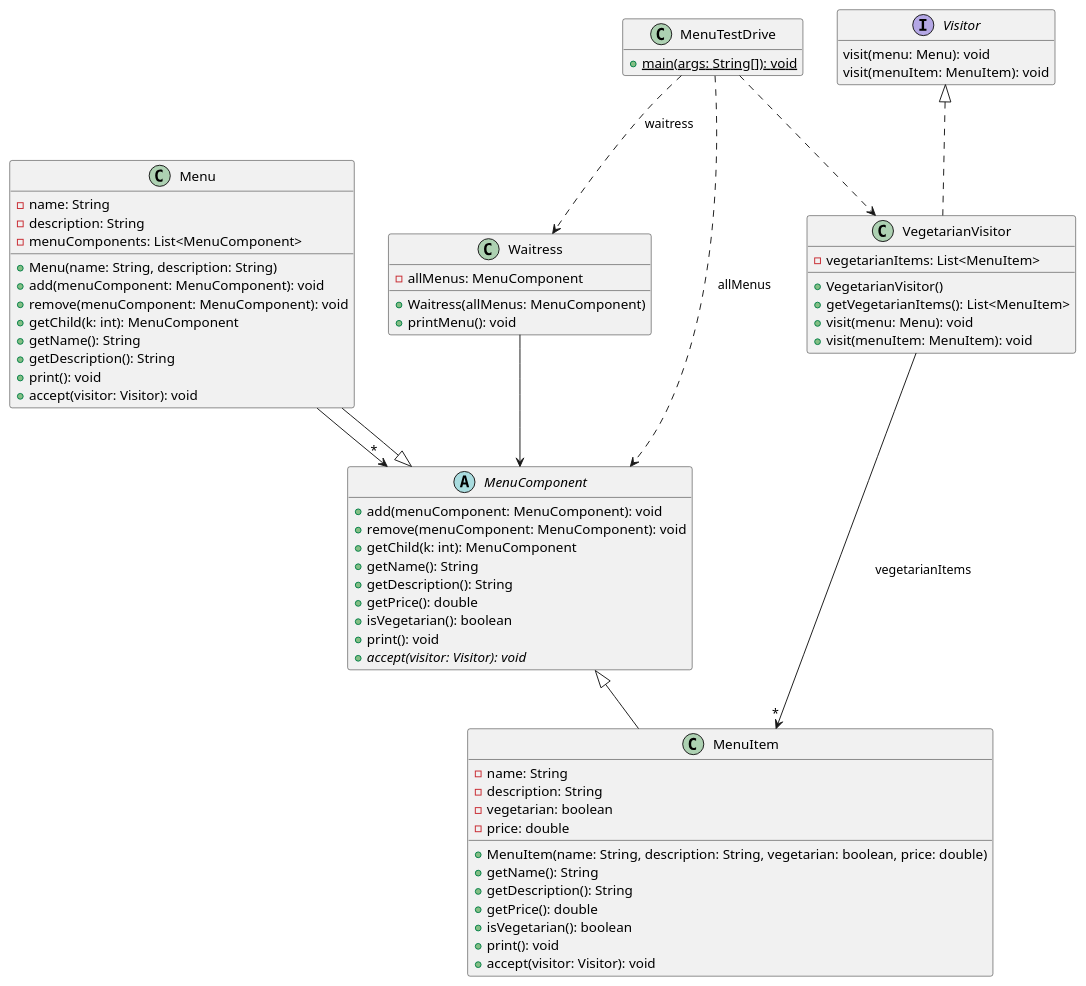
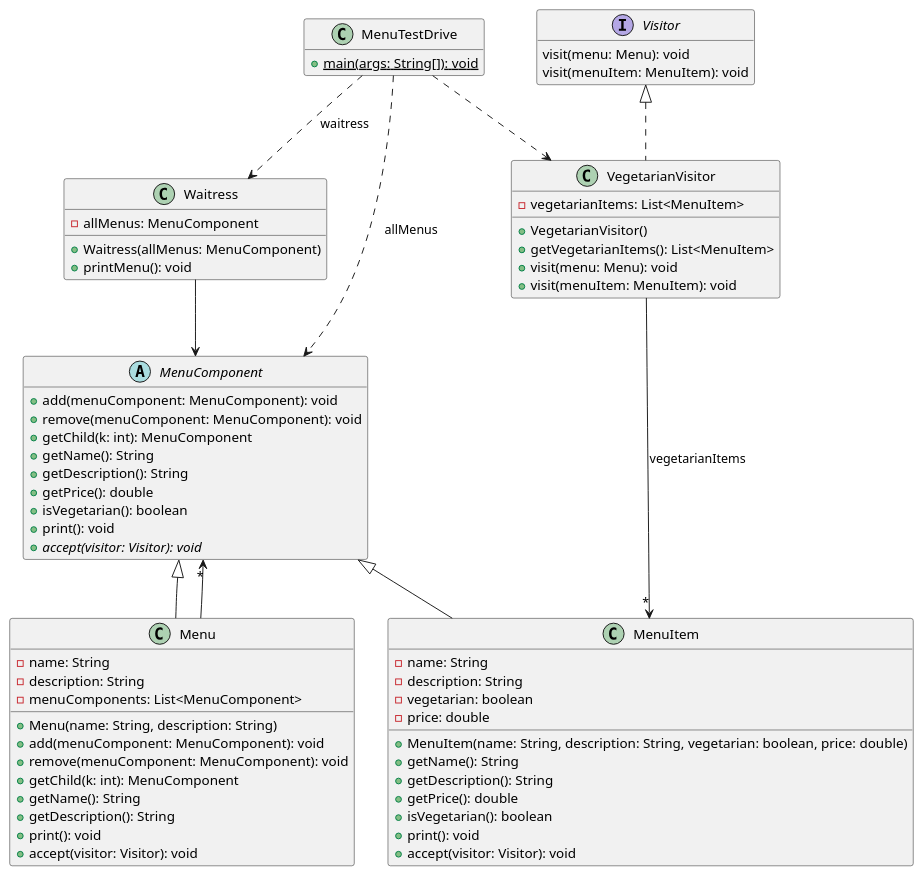
Before and after one commit to rhit-csse374/BuffaloTemplateTest: the diagram in CompositeWithVisitor.puml, drawn with PlantUML.

```diff
--- a/CompositeWithVisitor.puml
+++ b/CompositeWithVisitor.puml
@@ -1,78 +1,80 @@
 @startuml
 hide empty members
+
+class MenuTestDrive {
+	+{static} main(args: String[]): void
+}
 
 class Menu  {
 	-name: String
 	-description: String
 	-menuComponents: List<MenuComponent>
 
 	+Menu(name: String, description: String)
 	+add(menuComponent: MenuComponent): void
 	+remove(menuComponent: MenuComponent): void
 	+getChild(k: int): MenuComponent
 	+getName(): String
 	+getDescription(): String
 	+print(): void
 	+accept(visitor: Visitor): void
 }
 
 class MenuItem  {
 	-name: String
 	-description: String
 	-vegetarian: boolean
 	-price: double
 	+MenuItem(name: String, description: String, vegetarian: boolean, price: double)
 	+getName(): String
 	+getDescription(): String
 	+getPrice(): double
 	+isVegetarian(): boolean
 	+print(): void
 	+accept(visitor: Visitor): void
 }
 
 class Waitress  {
 	-allMenus: MenuComponent
 
 	+Waitress(allMenus: MenuComponent)
 	+printMenu(): void
 }
 
 abstract class MenuComponent  {
 	+add(menuComponent: MenuComponent): void
 	+remove(menuComponent: MenuComponent): void
 	+getChild(k: int): MenuComponent
 	+getName(): String
 	+getDescription(): String
 	+getPrice(): double
 	+isVegetarian(): boolean
 	+print(): void
 	+{abstract} accept(visitor: Visitor): void
 }
-class MenuTestDrive {
-	+{static} main(args: String[]): void
-}
+
 class VegetarianVisitor {
 	-vegetarianItems: List<MenuItem>
 	
 	+VegetarianVisitor()
 	+getVegetarianItems(): List<MenuItem>
 	+visit(menu: Menu): void
 	+visit(menuItem: MenuItem): void
 }
 
 interface Visitor  {
 	visit(menu: Menu): void
 	visit(menuItem: MenuItem): void
 }
 
 Menu --> "*" MenuComponent 
 MenuComponent <|-- Menu
 MenuComponent <|-- MenuItem
 Waitress --> MenuComponent
 VegetarianVisitor --> "*" MenuItem : vegetarianItems
 Visitor <|.. VegetarianVisitor
 
 MenuTestDrive ..> MenuComponent : allMenus
 MenuTestDrive ..> Waitress : waitress
 MenuTestDrive ..> VegetarianVisitor 
 @enduml
```
